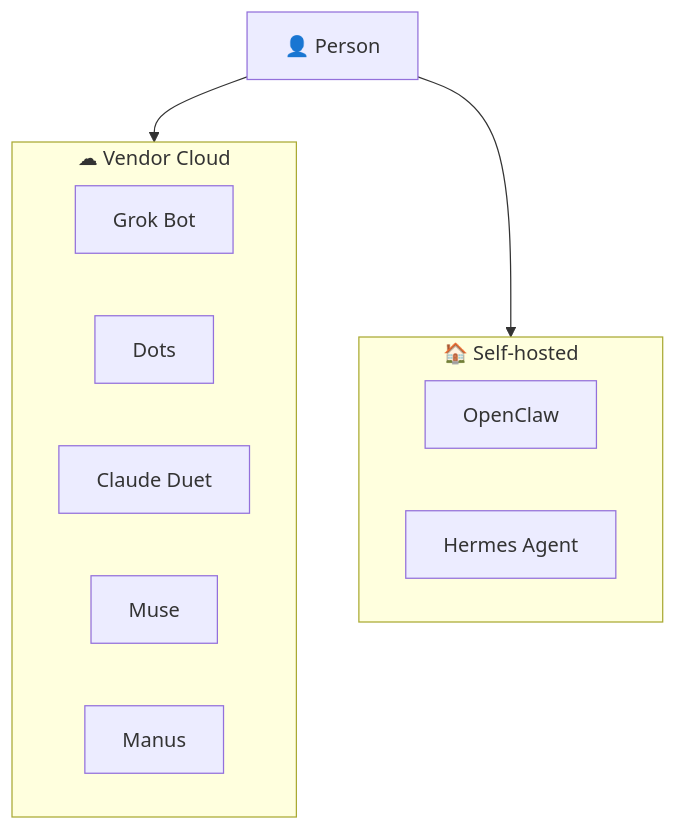
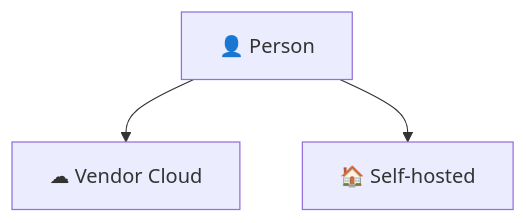
Before and after one commit to 0xWelt/Awesome-Personal-Agents: the diagram in README.md, drawn with Mermaid. The commit also changed other lines of this file and 22 other files, not shown here.

````diff
--- a/README.md
+++ b/README.md
@@ -24,22 +24,9 @@
 ```mermaid
 flowchart TB
     Person["👤 Person"]
+    VendorCloud["☁ Vendor Cloud"]
+    SelfHosted["🏠 Self-hosted"]
 
-    subgraph vendorCloud["☁ Vendor Cloud"]
-        direction LR
-        GrokBot["Grok Bot"]
-        Dots["Dots"]
-        ClaudeDuet["Claude Duet"]
-        Muse["Muse"]
-        Manus["Manus"]
-    end
-
-    subgraph selfHosted["🏠 Self-hosted"]
-        direction LR
-        OpenClaw["OpenClaw"]
-        Hermes["Hermes Agent"]
-    end
-
-    Person --> vendorCloud
-    Person --> selfHosted
+    Person --> VendorCloud
+    Person --> SelfHosted
 ```
````
